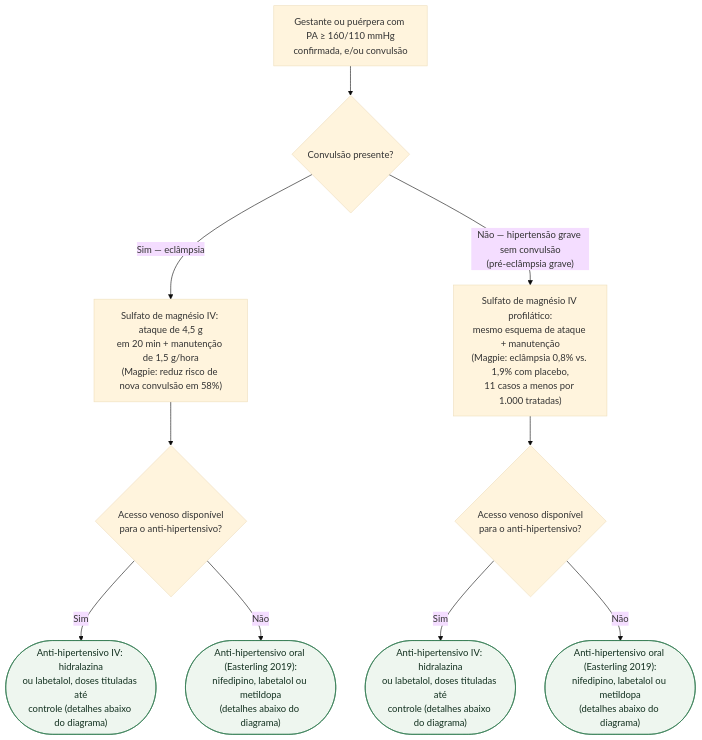
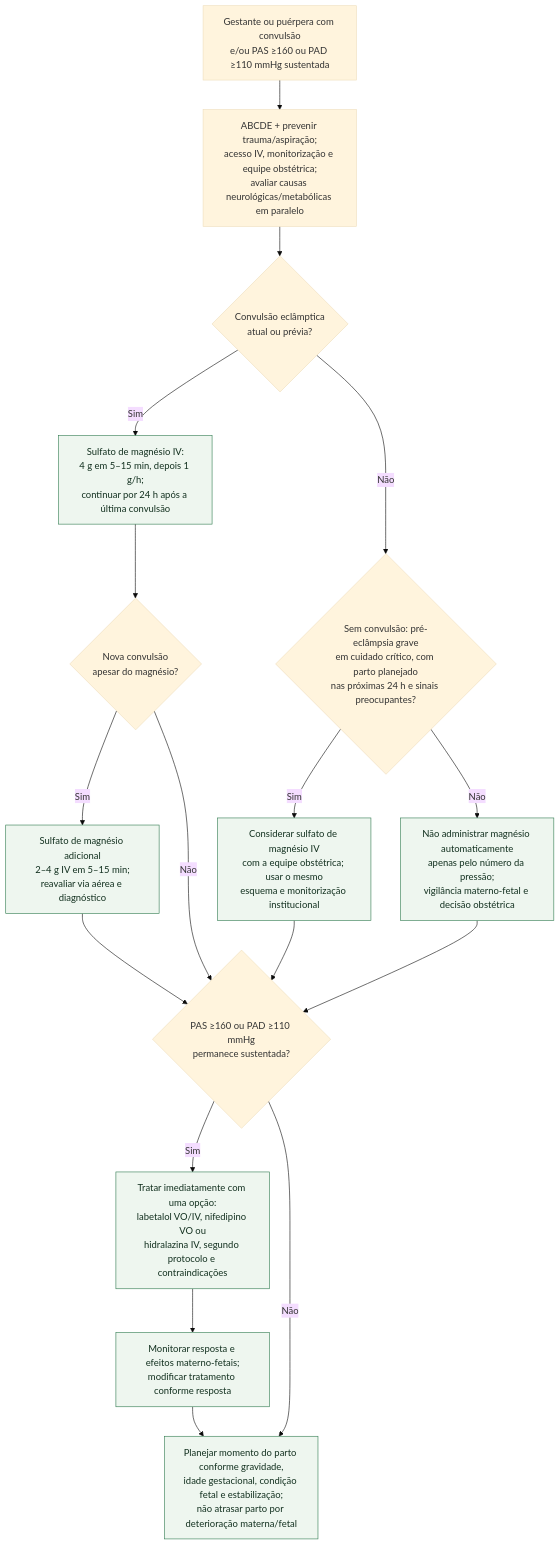
The diagram in content/Gravidez/fluxograma-eclampsia-e-hipertensao-grave-na-gestacao.md (rafaelpaesmeirelles/MeuCardio), drawn with Mermaid (base theme) before and after one commit. The commit also changed other lines of this file and 8 other files, not shown here.

````diff
--- a/content/Gravidez/fluxograma-eclampsia-e-hipertensao-grave-na-gestacao.md
+++ b/content/Gravidez/fluxograma-eclampsia-e-hipertensao-grave-na-gestacao.md
@@ -22,21 +27,29 @@
 ```mermaid
 flowchart TD
-  R0["Gestante ou puérpera com PA ≥ 160/110 mmHg<br/>confirmada, e/ou convulsão"] --> D1{"Convulsão presente?"}
+  A["Gestante ou puérpera com convulsão<br/>e/ou PAS ≥160 ou PAD ≥110 mmHg sustentada"]
+  B["ABCDE + prevenir trauma/aspiração;<br/>acesso IV, monitorização e equipe obstétrica;<br/>avaliar causas neurológicas/metabólicas em paralelo"]
+  C{"Convulsão eclâmptica<br/>atual ou prévia?"}
+  D["Sulfato de magnésio IV:<br/>4 g em 5–15 min, depois 1 g/h;<br/>continuar por 24 h após a última convulsão"]
+  E{"Nova convulsão<br/>apesar do magnésio?"}
+  F["Sulfato de magnésio adicional<br/>2–4 g IV em 5–15 min;<br/>reavaliar via aérea e diagnóstico"]
+  G{"Sem convulsão: pré-eclâmpsia grave<br/>em cuidado crítico, com parto planejado<br/>nas próximas 24 h e sinais preocupantes?"}
+  H["Considerar sulfato de magnésio IV<br/>com a equipe obstétrica; usar o mesmo<br/>esquema e monitorização institucional"]
+  I["Não administrar magnésio automaticamente<br/>apenas pelo número da pressão;<br/>vigilância materno-fetal e decisão obstétrica"]
+  J{"PAS ≥160 ou PAD ≥110 mmHg<br/>permanece sustentada?"}
+  K["Tratar imediatamente com uma opção:<br/>labetalol VO/IV, nifedipino VO ou<br/>hidralazina IV, segundo protocolo e contraindicações"]
+  L["Monitorar resposta e efeitos materno-fetais;<br/>modificar tratamento conforme resposta"]
+  M["Planejar momento do parto conforme gravidade,<br/>idade gestacional, condição fetal e estabilização;<br/>não atrasar parto por deterioração materna/fetal"]
 
-  D1 -->|"Sim — eclâmpsia"| P1["Sulfato de magnésio IV: ataque de 4,5 g<br/>em 20 min + manutenção de 1,5 g/hora<br/>(Magpie: reduz risco de nova convulsão em 58%)"]
+  A --> B --> C
+  C -->|"Sim"| D --> E
+  E -->|"Sim"| F --> J
+  E -->|"Não"| J
+  C -->|"Não"| G
+  G -->|"Sim"| H --> J
+  G -->|"Não"| I --> J
+  J -->|"Sim"| K --> L --> M
+  J -->|"Não"| M
 
-  D1 -->|"Não — hipertensão grave sem convulsão<br/>(pré-eclâmpsia grave)"| P2["Sulfato de magnésio IV profilático:<br/>mesmo esquema de ataque + manutenção<br/>(Magpie: eclâmpsia 0,8% vs. 1,9% com placebo,<br/>11 casos a menos por 1.000 tratadas)"]
-
-  P1 --> D2{"Acesso venoso disponível<br/>para o anti-hipertensivo?"}
-
-  D2 -->|"Sim"| C1(["Anti-hipertensivo IV: hidralazina<br/>ou labetalol, doses tituladas até<br/>controle (detalhes abaixo do diagrama)"])
-  D2 -->|"Não"| C2(["Anti-hipertensivo oral (Easterling 2019):<br/>nifedipino, labetalol ou metildopa<br/>(detalhes abaixo do diagrama)"])
-
-  P2 --> D3{"Acesso venoso disponível<br/>para o anti-hipertensivo?"}
-
-  D3 -->|"Sim"| C3(["Anti-hipertensivo IV: hidralazina<br/>ou labetalol, doses tituladas até<br/>controle (detalhes abaixo do diagrama)"])
-  D3 -->|"Não"| C4(["Anti-hipertensivo oral (Easterling 2019):<br/>nifedipino, labetalol ou metildopa<br/>(detalhes abaixo do diagrama)"])
-
-  classDef conduta fill:#eef6ef,stroke:#2f7a4f,color:#12301f;
-  class C1,C2,C3,C4 conduta;
+  classDef action fill:#eef6ef,stroke:#2f7a4f,color:#12301f;
+  class D,F,H,I,K,L,M action;
 ```
````
